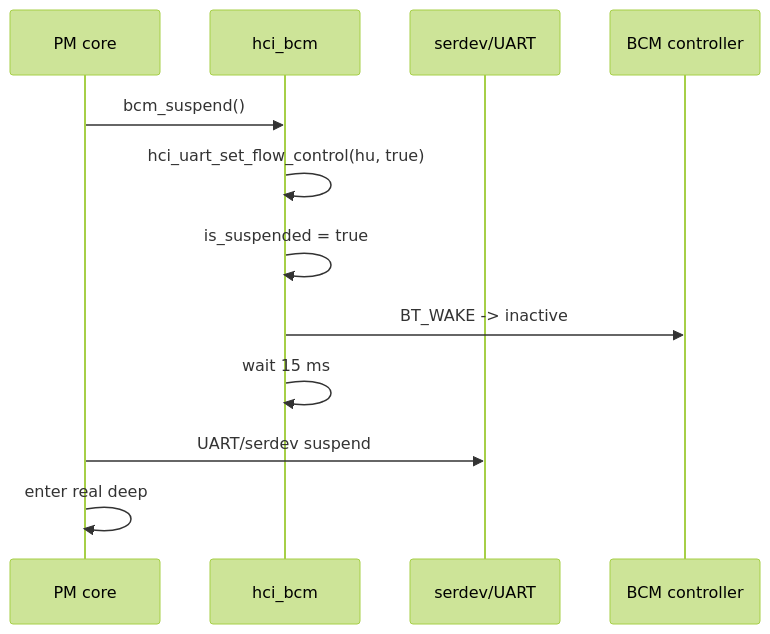
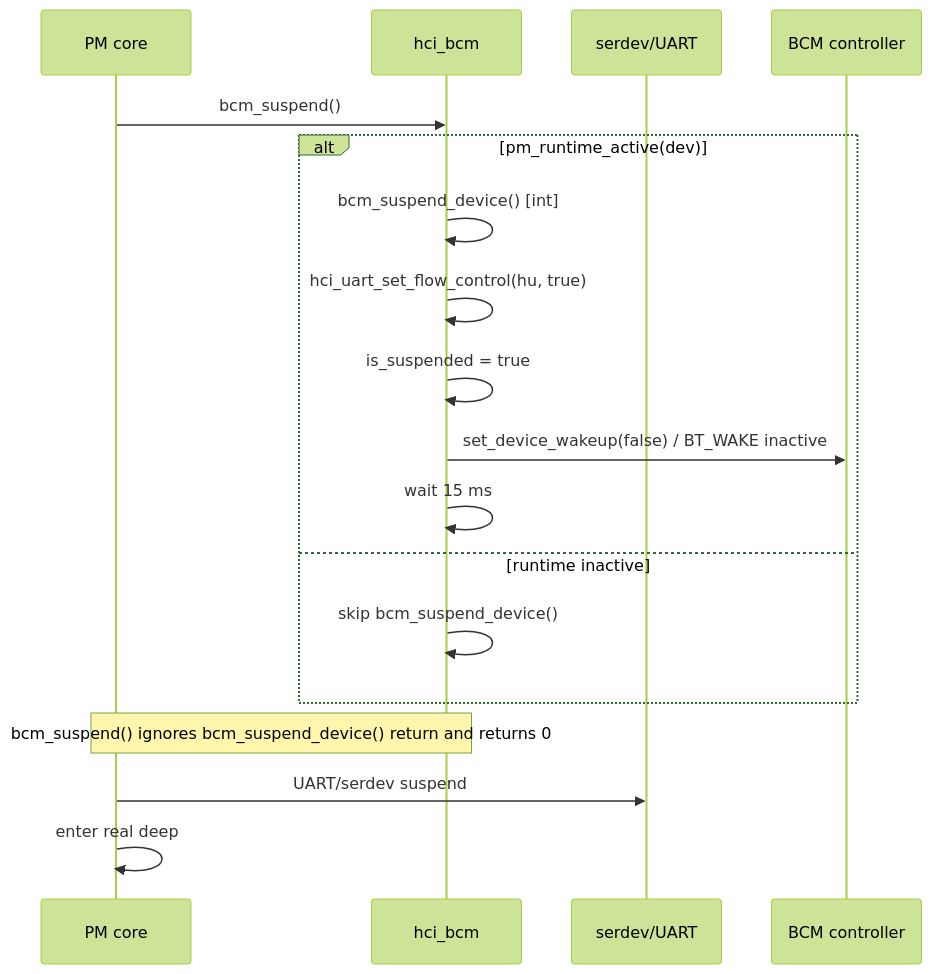
The seventh of 12 diagrams in 07_bcm_bluetooth_deep_suspend_resume.md (ArseneWg/dw-mmc-deep-dive), drawn with Mermaid (forest theme) before and after one commit. The commit also changed other lines of this file, not shown here.

Commit message:
docs: correct BCM suspend resume code audit

````diff
--- a/07_bcm_bluetooth_deep_suspend_resume.md
+++ b/07_bcm_bluetooth_deep_suspend_resume.md
@@ -521,14 +536,20 @@
 ```mermaid
 sequenceDiagram
     participant PM as PM core
     participant BCM as hci_bcm
     participant SER as serdev/UART
     participant CHIP as BCM controller
     PM->>BCM: bcm_suspend()
-    BCM->>BCM: hci_uart_set_flow_control(hu, true)
-    BCM->>BCM: is_suspended = true
-    BCM->>CHIP: BT_WAKE -> inactive
-    BCM->>BCM: wait 15 ms
+    alt pm_runtime_active(dev)
+        BCM->>BCM: bcm_suspend_device() [int]
+        BCM->>BCM: hci_uart_set_flow_control(hu, true)
+        BCM->>BCM: is_suspended = true
+        BCM->>CHIP: set_device_wakeup(false) / BT_WAKE inactive
+        BCM->>BCM: wait 15 ms
+    else runtime inactive
+        BCM->>BCM: skip bcm_suspend_device()
+    end
+    Note over PM,BCM: bcm_suspend() ignores bcm_suspend_device() return and returns 0
     PM->>SER: UART/serdev suspend
     PM->>PM: enter real deep
 ```
````
